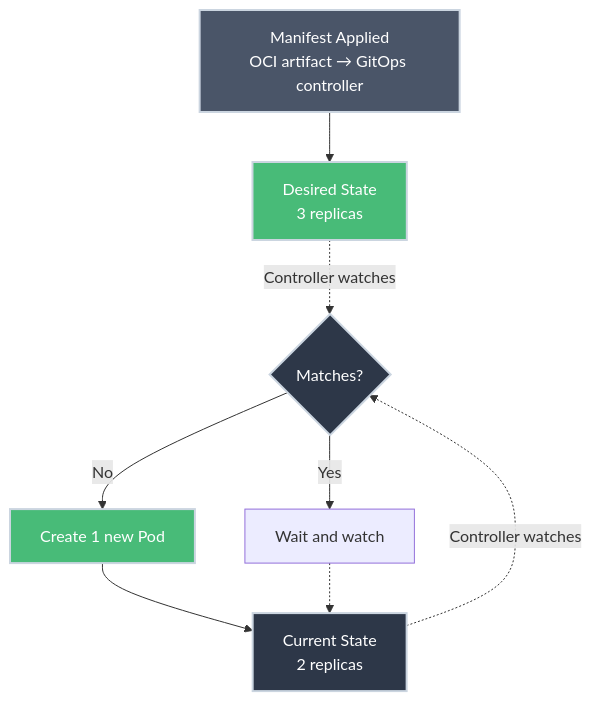
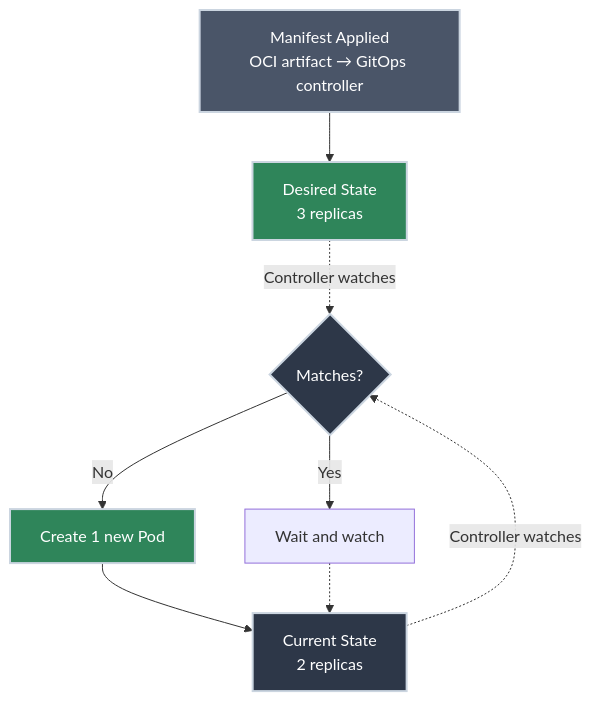
The first of 2 diagrams in docs/essentials/deployments.md (bradpenney/exploring_kubernetes), drawn with Mermaid before and after one commit. The commit also changed other lines of this file and 21 other files, not shown here.

````diff
--- a/docs/essentials/deployments.md
+++ b/docs/essentials/deployments.md
@@ -27,16 +44,16 @@
 ```mermaid
 graph TB
     Applied[Manifest Applied<br/>OCI artifact → GitOps controller] --> Desired[Desired State<br/>3 replicas]
     Current[Current State<br/>2 replicas] -.->|Controller watches| Compare{Matches?}
     Desired -.->|Controller watches| Compare
     Compare -->|No| Action[Create 1 new Pod]
     Action --> Current
     Compare -->|Yes| Wait[Wait and watch]
     Wait -.-> Current
 
     style Applied fill:#4a5568,stroke:#cbd5e0,stroke-width:2px,color:#fff
-    style Desired fill:#48bb78,stroke:#cbd5e0,stroke-width:2px,color:#fff
+    style Desired fill:#2f855a,stroke:#cbd5e0,stroke-width:2px,color:#fff
     style Current fill:#2d3748,stroke:#cbd5e0,stroke-width:2px,color:#fff
     style Compare fill:#2d3748,stroke:#cbd5e0,stroke-width:2px,color:#fff
-    style Action fill:#48bb78,stroke:#cbd5e0,stroke-width:2px,color:#fff
+    style Action fill:#2f855a,stroke:#cbd5e0,stroke-width:2px,color:#fff
 ```
````
